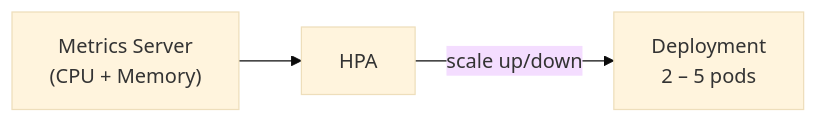
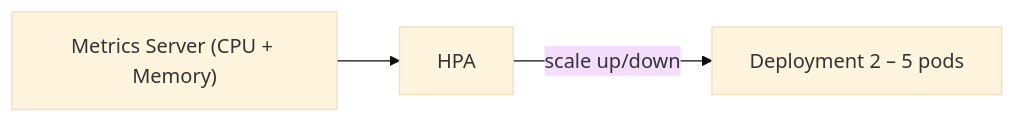
The second of 4 diagrams in ebank-monolith/doc/KUBERNETES.md (Samlogy/ebank-app), drawn with Mermaid (base theme) before and after one commit. The commit also changed other lines of this file and 3 other files, not shown here.

````diff
--- a/ebank-monolith/doc/KUBERNETES.md
+++ b/ebank-monolith/doc/KUBERNETES.md
@@ -72,5 +72,5 @@
 ```mermaid
 graph LR
-    Metrics["Metrics Server\n(CPU + Memory)"] --> HPA
-    HPA -->|scale up/down| Deploy["Deployment\n2 – 5 pods"]
+    Metrics["Metrics Server (CPU + Memory)"] --> HPA
+    HPA -->|scale up/down| Deploy["Deployment 2 – 5 pods"]
 ```
````
